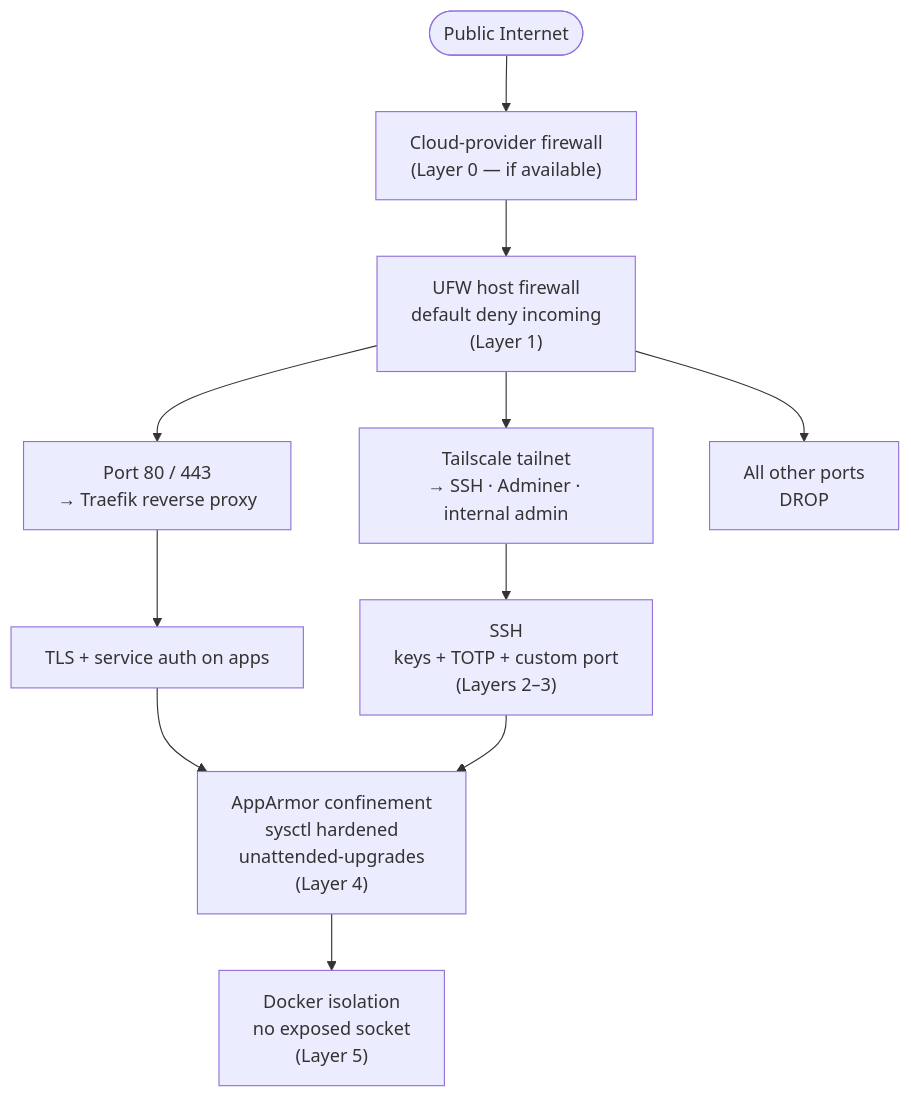
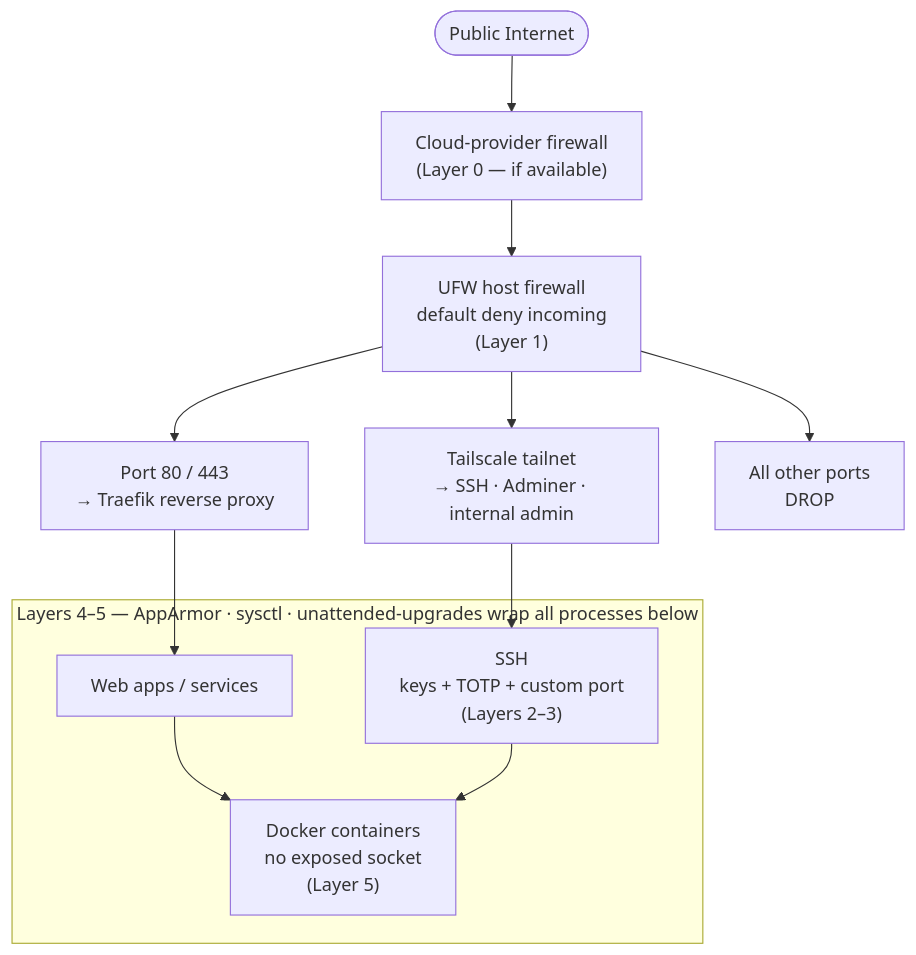
One commit to glenbenatiro/vps-hardening changed the diagram in HARDENING.md. Above: the diagram before and after it, drawn with Mermaid. The commit also changed other lines of this file, not shown here.

````diff
--- a/HARDENING.md
+++ b/HARDENING.md
@@ -93,13 +93,17 @@
 ```mermaid
 flowchart TD
     I([Public Internet]) --> CF["Cloud-provider firewall\n(Layer 0 — if available)"]
     CF --> UFW["UFW host firewall\ndefault deny incoming\n(Layer 1)"]
     UFW --> P80["Port 80 / 443\n→ Traefik reverse proxy"]
     UFW --> TS["Tailscale tailnet\n→ SSH · Adminer · internal admin"]
     UFW --> DROP["All other ports\nDROP"]
-    P80 --> TLS["TLS + service auth on apps"]
+    P80 --> APPS["Web apps / services"]
     TS --> SSH["SSH\nkeys + TOTP + custom port\n(Layers 2–3)"]
-    TLS --> AA["AppArmor confinement\nsysctl hardened\nunattended-upgrades\n(Layer 4)"]
-    SSH --> AA
-    AA --> DK["Docker isolation\nno exposed socket\n(Layer 5)"]
+
+    subgraph HOST["Layers 4–5 — AppArmor · sysctl · unattended-upgrades wrap all processes below"]
+        APPS
+        SSH
+        APPS --> DK["Docker containers\nno exposed socket\n(Layer 5)"]
+        SSH --> DK
+    end
 ```
````
